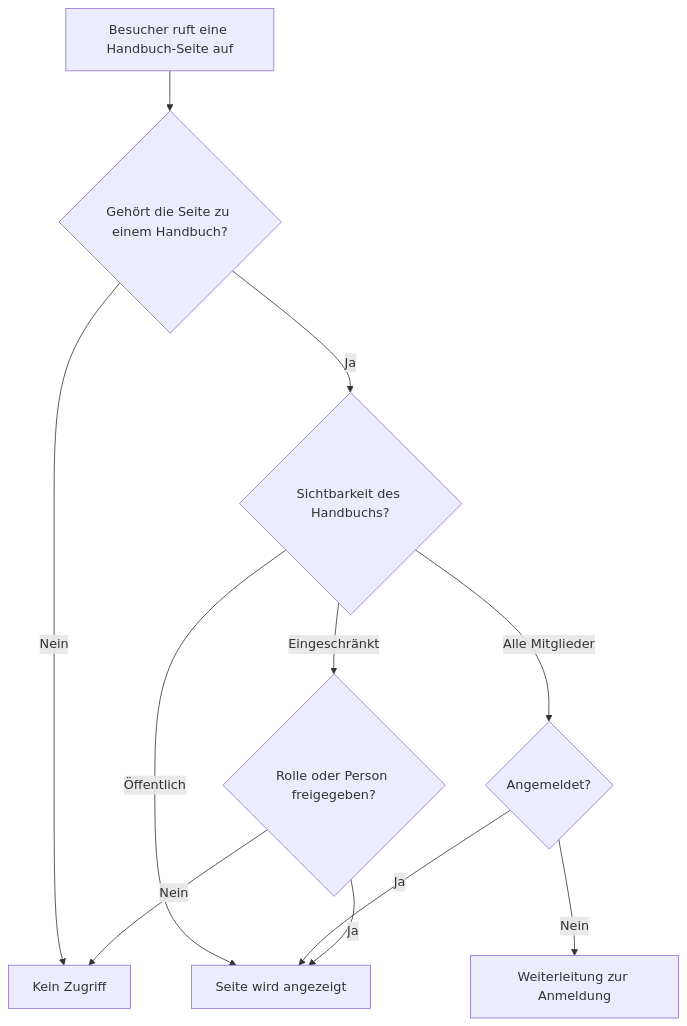
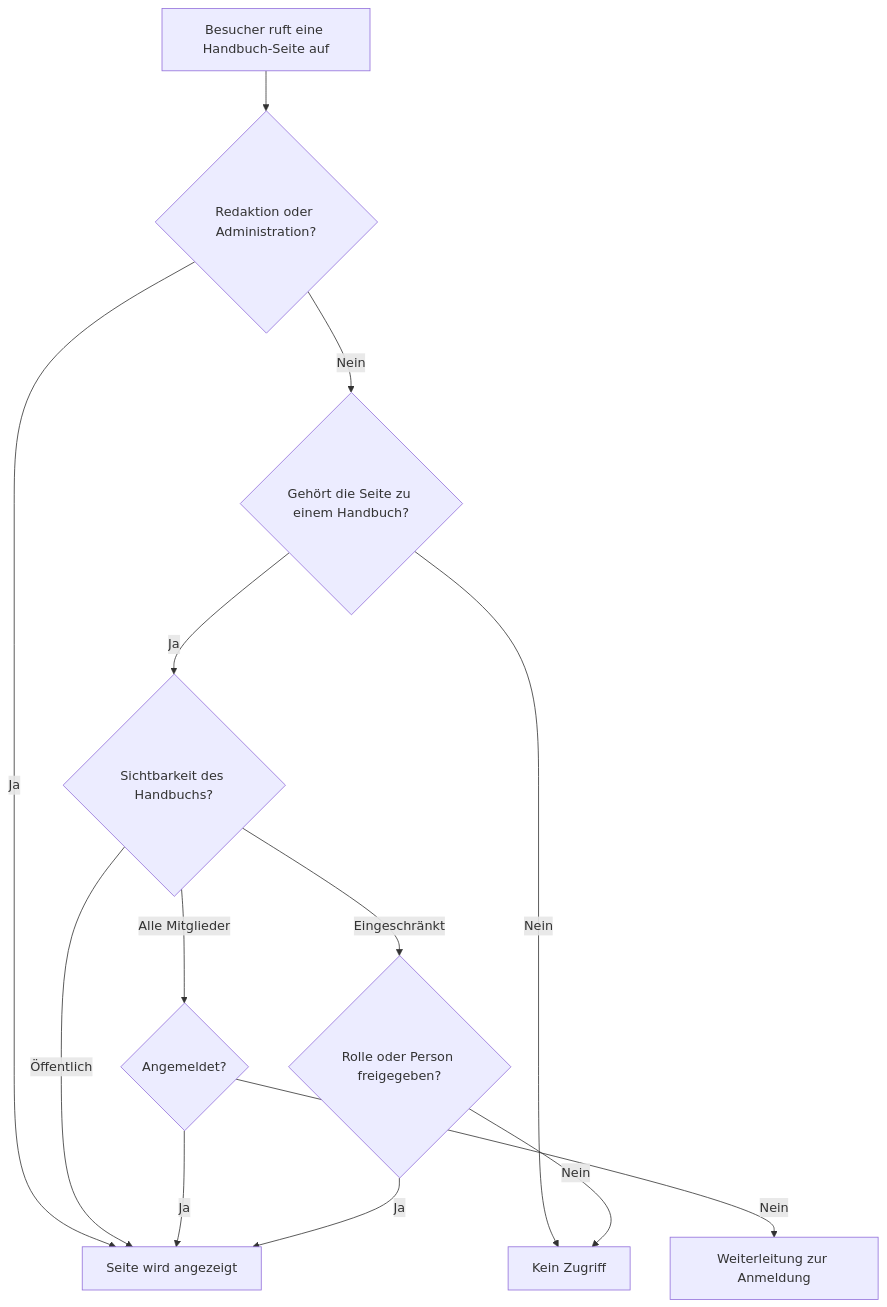
Before and after one commit to rfluethi/living-handbook: the diagram in docs/user/de/living-handbook/zugriff/zugriff-verstehen.md, drawn with Mermaid. The commit also changed other lines of this file and 12 other files, not shown here.

````diff
--- a/docs/user/de/living-handbook/zugriff/zugriff-verstehen.md
+++ b/docs/user/de/living-handbook/zugriff/zugriff-verstehen.md
@@ -11,13 +11,15 @@
 ```mermaid
 graph TD;
-  A["Besucher ruft eine Handbuch-Seite auf"] --> B{"Gehört die Seite zu einem Handbuch?"};
+  A["Besucher ruft eine Handbuch-Seite auf"] --> R{"Redaktion oder Administration?"};
+  R -->|"Ja"| Y["Seite wird angezeigt"];
+  R -->|"Nein"| B{"Gehört die Seite zu einem Handbuch?"};
   B -->|"Nein"| X["Kein Zugriff"];
   B -->|"Ja"| C{"Sichtbarkeit des Handbuchs?"};
   C -->|"Öffentlich"| Y["Seite wird angezeigt"];
   C -->|"Alle Mitglieder"| D{"Angemeldet?"};
   C -->|"Eingeschränkt"| E{"Rolle oder Person freigegeben?"};
   D -->|"Ja"| Y;
   D -->|"Nein"| L["Weiterleitung zur Anmeldung"];
   E -->|"Ja"| Y;
   E -->|"Nein"| X;
 ```
````
